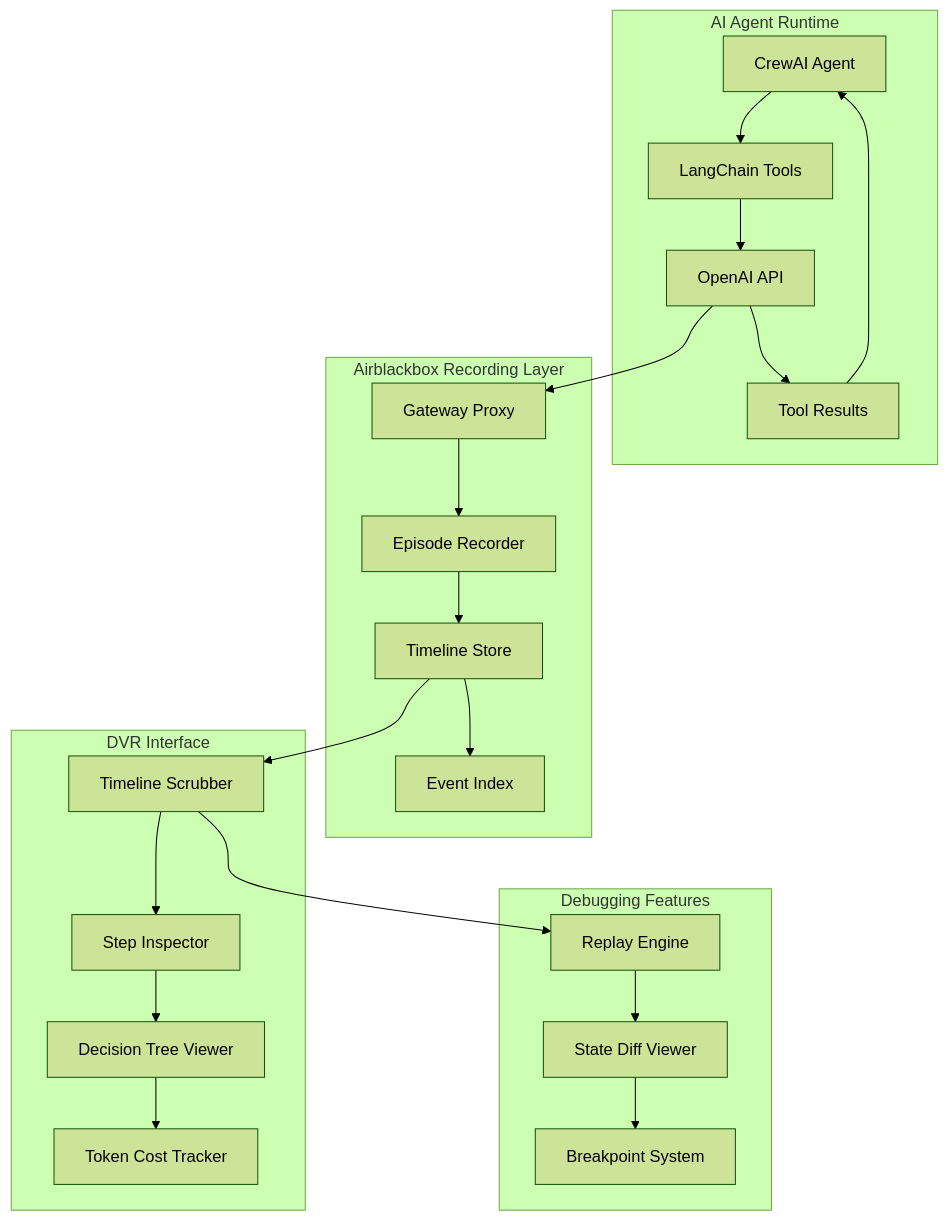
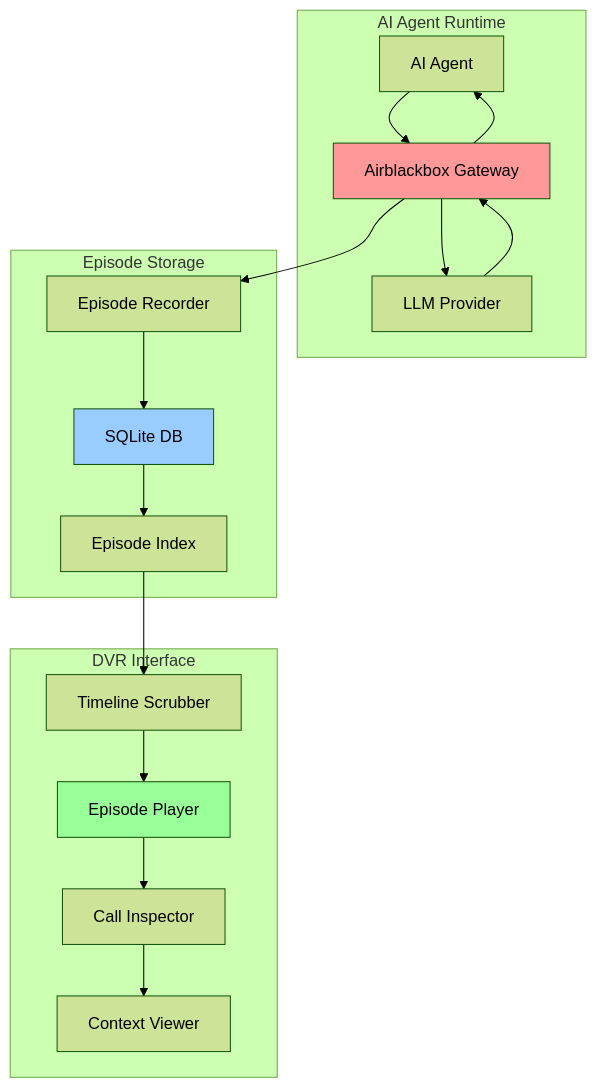
The diagram in README.md (airblackbox/mr-bigglesworth-content), drawn with Mermaid (forest theme) before and after one commit. The commit also changed other lines of this file, not shown here.

````diff
--- a/README.md
+++ b/README.md
@@ -28,31 +33,27 @@
 ```mermaid
 graph TB
     subgraph "AI Agent Runtime"
-        A[CrewAI Agent] --> B[LangChain Tools]
-        B --> C[OpenAI API]
-        C --> D[Tool Results]
-        D --> A
+        A[AI Agent] --> B[Airblackbox Gateway]
+        B --> C[LLM Provider]
+        C --> B
+        B --> A
     end
     
-    subgraph "Airblackbox Recording Layer"
-        E[Gateway Proxy] --> F[Episode Recorder]
-        F --> G[Timeline Store]
-        G --> H[Event Index]
+    subgraph "Episode Storage"
+        B --> D[Episode Recorder]
+        D --> E[SQLite DB]
+        E --> F[Episode Index]
     end
     
     subgraph "DVR Interface"
-        I[Timeline Scrubber] --> J[Step Inspector]
-        J --> K[Decision Tree Viewer]
-        K --> L[Token Cost Tracker]
+        G[Timeline Scrubber] --> H[Episode Player]
+        H --> I[Call Inspector]
+        I --> J[Context Viewer]
     end
     
-    C --> E
-    G --> I
+    F --> G
     
-    subgraph "Debugging Features"
-        M[Replay Engine] --> N[State Diff Viewer]
-        N --> O[Breakpoint System]
-    end
-    
-    I --> M
+    style B fill:#ff9999
+    style E fill:#99ccff
+    style H fill:#99ff99
 ```
````
